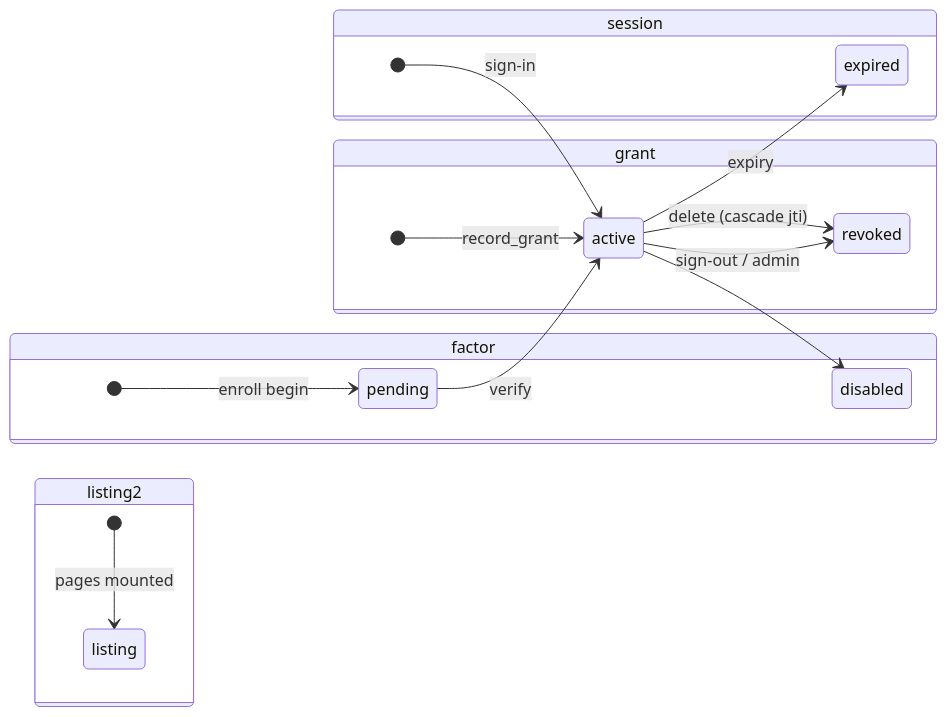
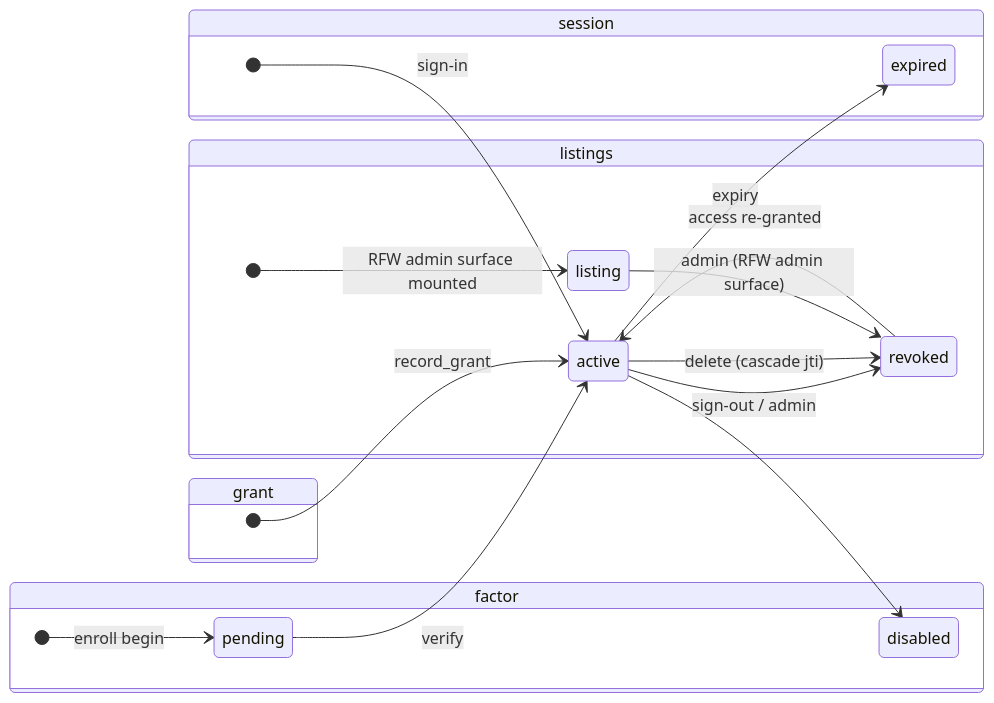
Before and after one commit to Sentin8/sentin8-site: the sixth of 12 diagrams in docs/services/auth/design.md, drawn with Mermaid.

Commit message:
docs: align auth state-machine composite with DESIGN.md (mermaid render fix)
Mirrors the sentin8-auth DESIGN.md repair for the listings composite;
empty composites break rendering on mermaid 10/11.

````diff
--- a/docs/services/auth/design.md
+++ b/docs/services/auth/design.md
@@ -220,21 +220,23 @@
 ```mermaid
 stateDiagram-v2
     direction LR
     state session {
         [*] --> active: sign-in
         active --> revoked : sign-out / admin
         active --> expired : expiry
     }
     state factor {
         [*] --> pending: enroll begin
         pending --> active: verify
         active --> disabled
     }
     state grant {
         [*] --> active: record_grant
         active --> revoked: delete (cascade jti)
     }
-    state listing2 {
-        [*] --> listing: pages mounted
+    state listings {
+        [*] --> listing: RFW admin surface mounted
+        listing --> revoked : admin (RFW admin surface)
+        revoked --> active : access re-granted
     }
 ```
````
